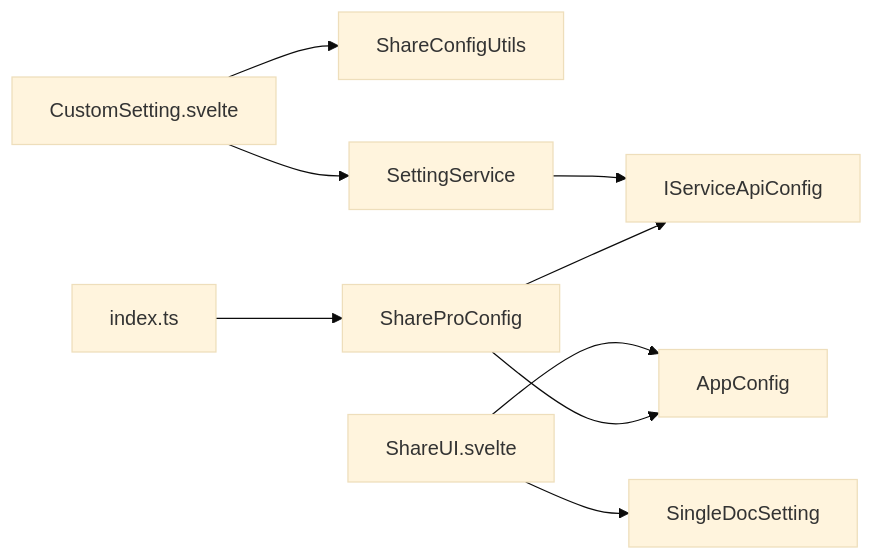
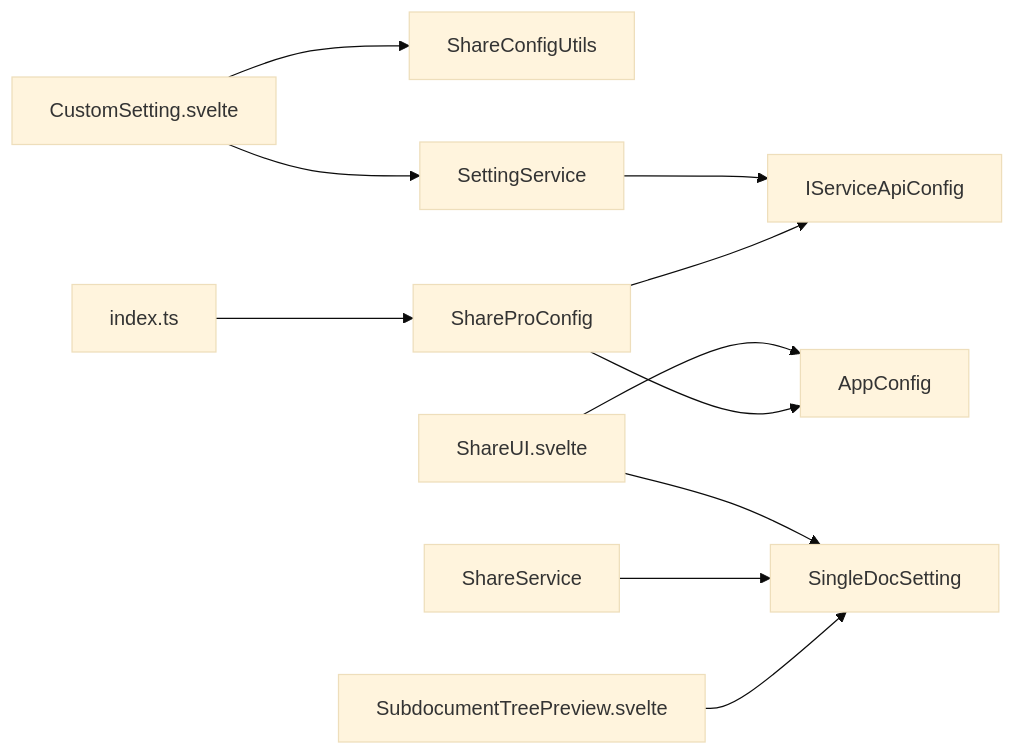
One commit to terwerinc/siyuan-plugin-share-pro changed the fourth of 4 diagrams in .qoder/repowiki/zh/content/数据模型/配置模型.md. Above: the diagram before and after it, drawn with Mermaid (base theme). The commit also changed other lines of this file and 10 other files, not shown here.

````diff
--- a/.qoder/repowiki/zh/content/数据模型/配置模型.md
+++ b/.qoder/repowiki/zh/content/数据模型/配置模型.md
@@ -326,11 +386,13 @@
 ```mermaid
 graph LR
 CS["CustomSetting.svelte"] --> SCU["ShareConfigUtils"]
 CS --> SS["SettingService"]
 SS --> IAC["IServiceApiConfig"]
 SU["ShareUI.svelte"] --> AC["AppConfig"]
 SU --> SDS["SingleDocSetting"]
+SHS["ShareService"] --> SDS
+STP["SubdocumentTreePreview.svelte"] --> SDS
 IDX["index.ts"] --> SP["ShareProConfig"]
 SP --> AC
 SP --> IAC
 ```
````
